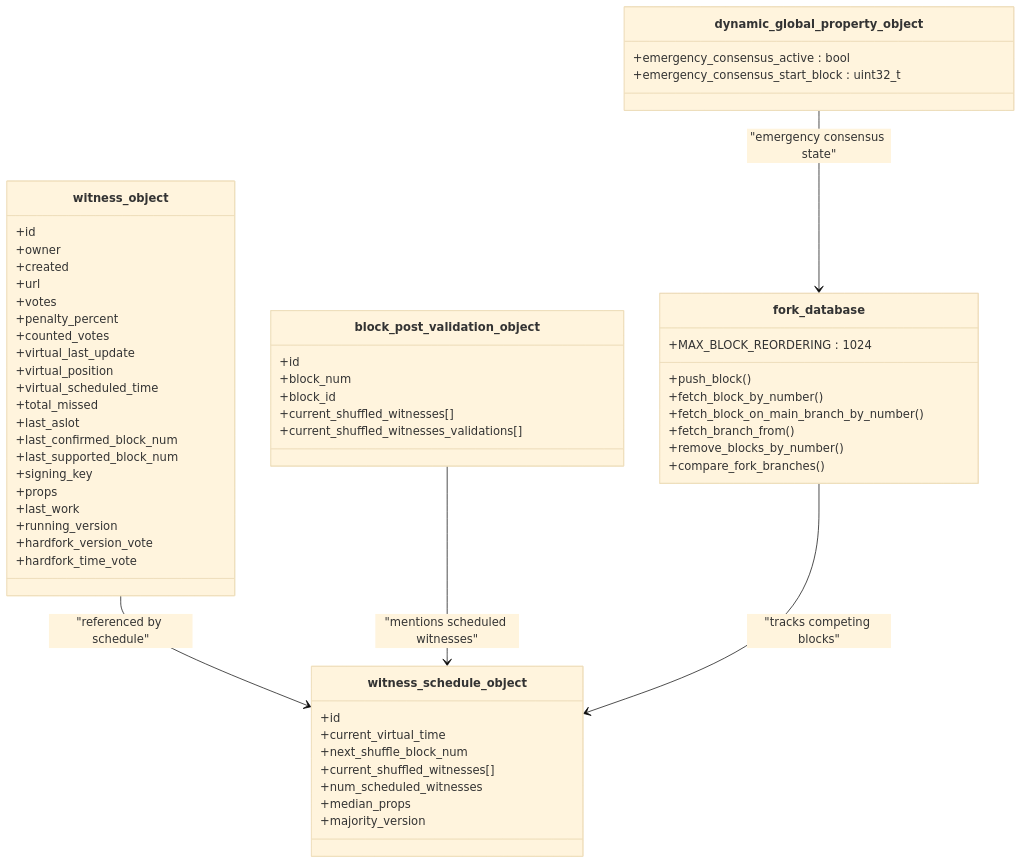
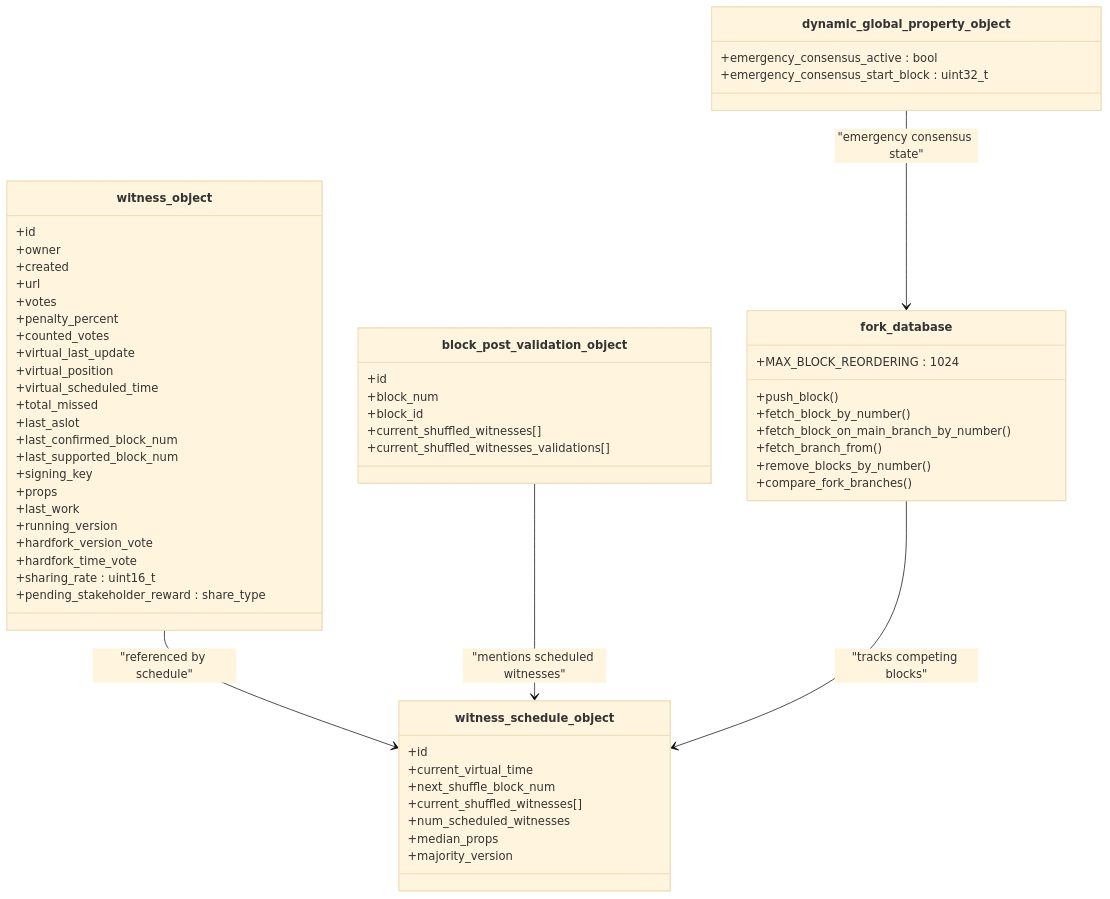
The seventh of 8 diagrams in .qoder/repowiki/en/content/Witness.md (VIZ-Blockchain/viz-cpp-node), drawn with Mermaid (base theme) before and after one commit. The commit also changed other lines of this file and 28 other files, not shown here.

````diff
--- a/.qoder/repowiki/en/content/Witness.md
+++ b/.qoder/repowiki/en/content/Witness.md
@@ -974,58 +975,60 @@
 ```mermaid
 classDiagram
 class witness_object {
 +id
 +owner
 +created
 +url
 +votes
 +penalty_percent
 +counted_votes
 +virtual_last_update
 +virtual_position
 +virtual_scheduled_time
 +total_missed
 +last_aslot
 +last_confirmed_block_num
 +last_supported_block_num
 +signing_key
 +props
 +last_work
 +running_version
 +hardfork_version_vote
 +hardfork_time_vote
++sharing_rate : uint16_t
++pending_stakeholder_reward : share_type
 }
 class witness_schedule_object {
 +id
 +current_virtual_time
 +next_shuffle_block_num
 +current_shuffled_witnesses[]
 +num_scheduled_witnesses
 +median_props
 +majority_version
 }
 class block_post_validation_object {
 +id
 +block_num
 +block_id
 +current_shuffled_witnesses[]
 +current_shuffled_witnesses_validations[]
 }
 class fork_database {
 +MAX_BLOCK_REORDERING : 1024
 +push_block()
 +fetch_block_by_number()
 +fetch_block_on_main_branch_by_number()
 +fetch_branch_from()
 +remove_blocks_by_number()
 +compare_fork_branches()
 }
 class dynamic_global_property_object {
 +emergency_consensus_active : bool
 +emergency_consensus_start_block : uint32_t
 }
 witness_object --> witness_schedule_object : "referenced by schedule"
 block_post_validation_object --> witness_schedule_object : "mentions scheduled witnesses"
 fork_database --> witness_schedule_object : "tracks competing blocks"
 dynamic_global_property_object --> fork_database : "emergency consensus state"
 ```
````
